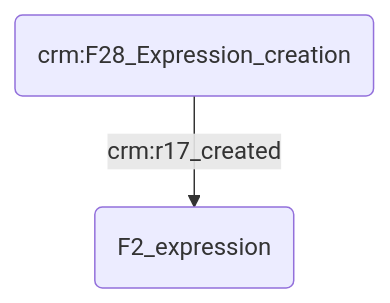
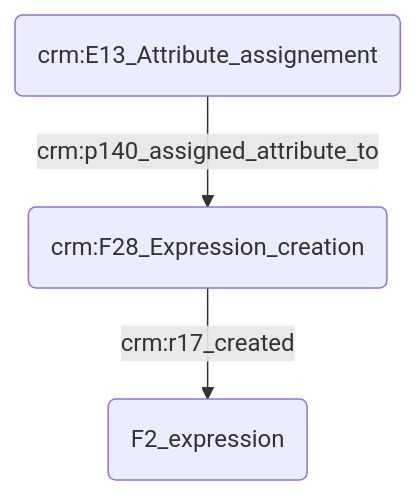
Before and after one commit to Amleth/consortium-musica2-gt2-ontologies: the diagram in modules/dates/2023.09.19_atelier.md, drawn with Mermaid.

````diff
--- a/modules/dates/2023.09.19_atelier.md
+++ b/modules/dates/2023.09.19_atelier.md
@@ -31,6 +31,6 @@
 ```mermaid
 graph TD;
 
 A(crm:F28_Expression_creation) --> |crm:r17_created| B(F2_expression)
-
+C(crm:E13_Attribute_assignement) --> |crm:p140_assigned_attribute_to| A(crm:F28_Expression_creation)
 ```
````
